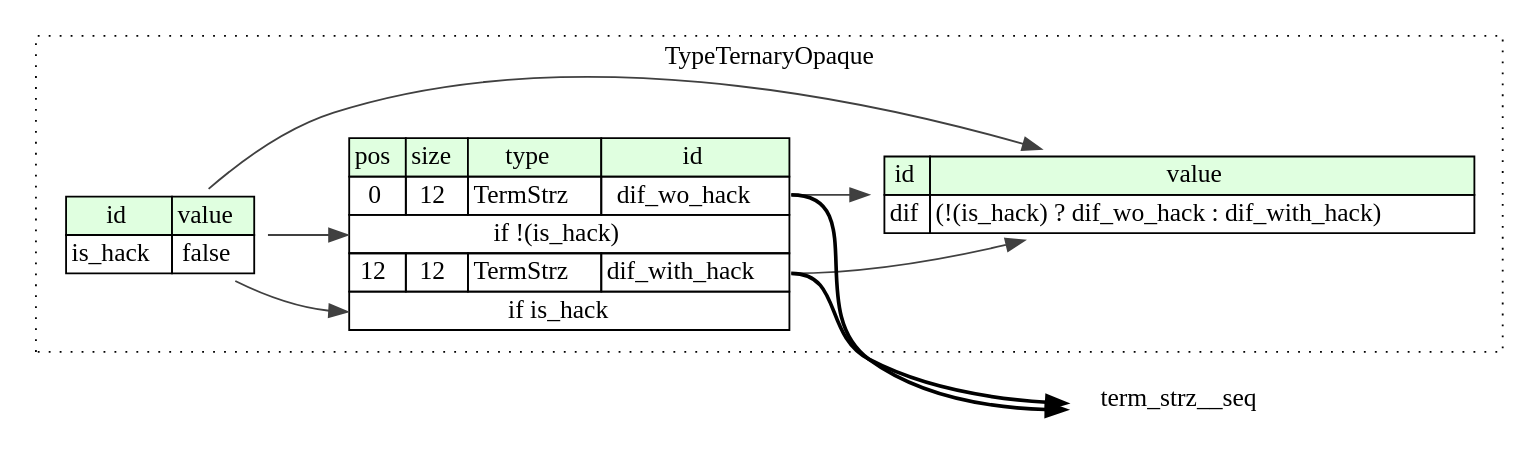
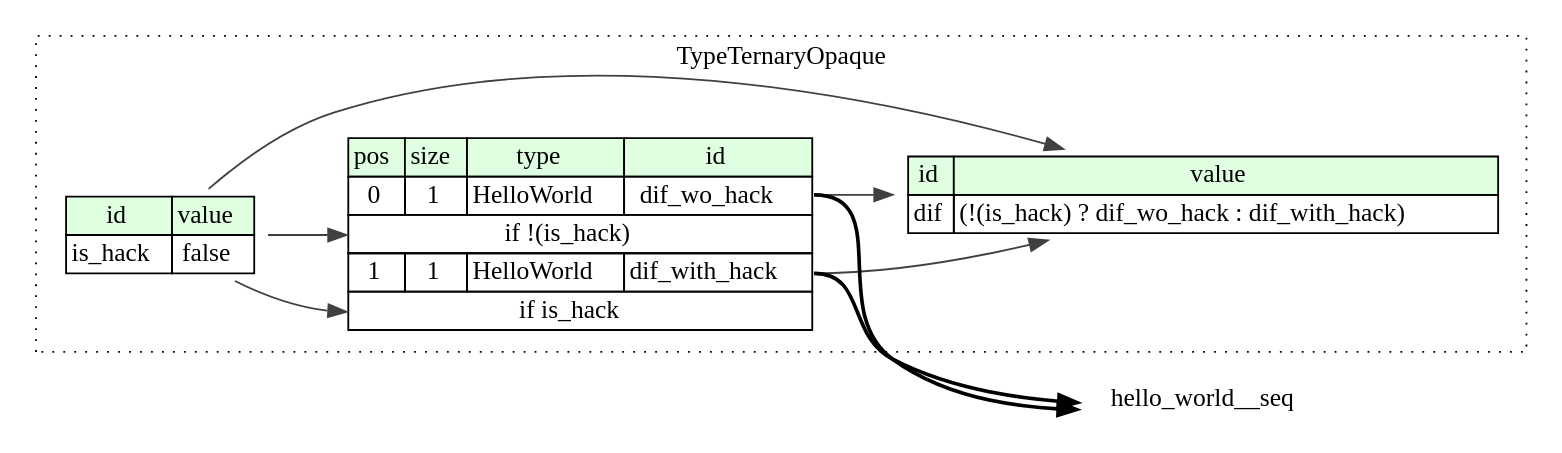
The diagram in compiled/graphviz/type_ternary_opaque.dot (kaitai-io/ci_targets), drawn with Graphviz before and after one commit. The commit also changed 2652 other files, not shown here.

```diff
--- a/compiled/graphviz/type_ternary_opaque.dot
+++ b/compiled/graphviz/type_ternary_opaque.dot
@@ -1,31 +1,31 @@
 digraph {
 	rankdir=LR;
 	node [shape=plaintext];
 	subgraph cluster__type_ternary_opaque {
 		label="TypeTernaryOpaque";
 		graph[style=dotted];
 
 		type_ternary_opaque__seq [label=<<TABLE BORDER="0" CELLBORDER="1" CELLSPACING="0">
 			<TR><TD BGCOLOR="#E0FFE0">pos</TD><TD BGCOLOR="#E0FFE0">size</TD><TD BGCOLOR="#E0FFE0">type</TD><TD BGCOLOR="#E0FFE0">id</TD></TR>
-			<TR><TD PORT="dif_wo_hack_pos">0</TD><TD PORT="dif_wo_hack_size">12</TD><TD>TermStrz</TD><TD PORT="dif_wo_hack_type">dif_wo_hack</TD></TR>
+			<TR><TD PORT="dif_wo_hack_pos">0</TD><TD PORT="dif_wo_hack_size">1</TD><TD>HelloWorld</TD><TD PORT="dif_wo_hack_type">dif_wo_hack</TD></TR>
 			<TR><TD COLSPAN="4" PORT="dif_wo_hack__if">if !(is_hack)</TD></TR>
-			<TR><TD PORT="dif_with_hack_pos">12</TD><TD PORT="dif_with_hack_size">12</TD><TD>TermStrz</TD><TD PORT="dif_with_hack_type">dif_with_hack</TD></TR>
+			<TR><TD PORT="dif_with_hack_pos">1</TD><TD PORT="dif_with_hack_size">1</TD><TD>HelloWorld</TD><TD PORT="dif_with_hack_type">dif_with_hack</TD></TR>
 			<TR><TD COLSPAN="4" PORT="dif_with_hack__if">if is_hack</TD></TR>
 		</TABLE>>];
 		type_ternary_opaque__inst__dif [label=<<TABLE BORDER="0" CELLBORDER="1" CELLSPACING="0">
 			<TR><TD BGCOLOR="#E0FFE0">id</TD><TD BGCOLOR="#E0FFE0">value</TD></TR>
 			<TR><TD>dif</TD><TD>(!(is_hack) ? dif_wo_hack : dif_with_hack)</TD></TR>
 		</TABLE>>];
 		type_ternary_opaque__inst__is_hack [label=<<TABLE BORDER="0" CELLBORDER="1" CELLSPACING="0">
 			<TR><TD BGCOLOR="#E0FFE0">id</TD><TD BGCOLOR="#E0FFE0">value</TD></TR>
 			<TR><TD>is_hack</TD><TD>false</TD></TR>
 		</TABLE>>];
 	}
-	type_ternary_opaque__seq:dif_wo_hack_type -> term_strz__seq [style=bold];
+	type_ternary_opaque__seq:dif_wo_hack_type -> hello_world__seq [style=bold];
 	type_ternary_opaque__inst__is_hack:is_hack_type -> type_ternary_opaque__seq:dif_wo_hack__if [color="#404040"];
-	type_ternary_opaque__seq:dif_with_hack_type -> term_strz__seq [style=bold];
+	type_ternary_opaque__seq:dif_with_hack_type -> hello_world__seq [style=bold];
 	type_ternary_opaque__inst__is_hack:is_hack_type -> type_ternary_opaque__seq:dif_with_hack__if [color="#404040"];
 	type_ternary_opaque__inst__is_hack:is_hack_type -> type_ternary_opaque__inst__dif [color="#404040"];
 	type_ternary_opaque__seq:dif_wo_hack_type -> type_ternary_opaque__inst__dif [color="#404040"];
 	type_ternary_opaque__seq:dif_with_hack_type -> type_ternary_opaque__inst__dif [color="#404040"];
 }
```
